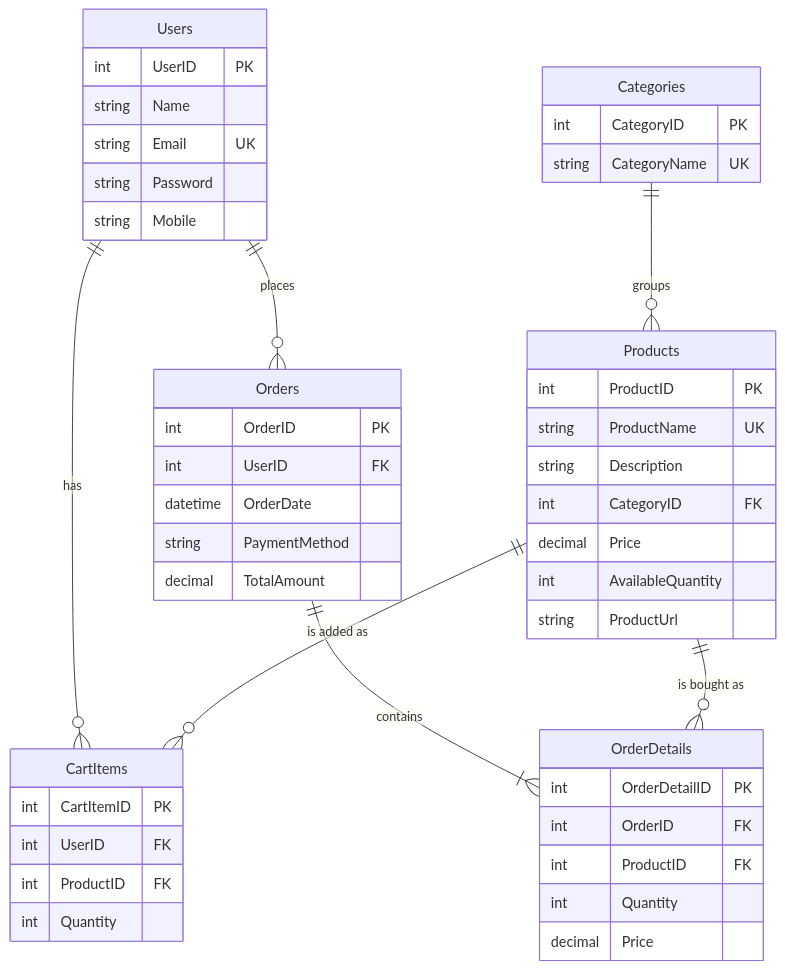
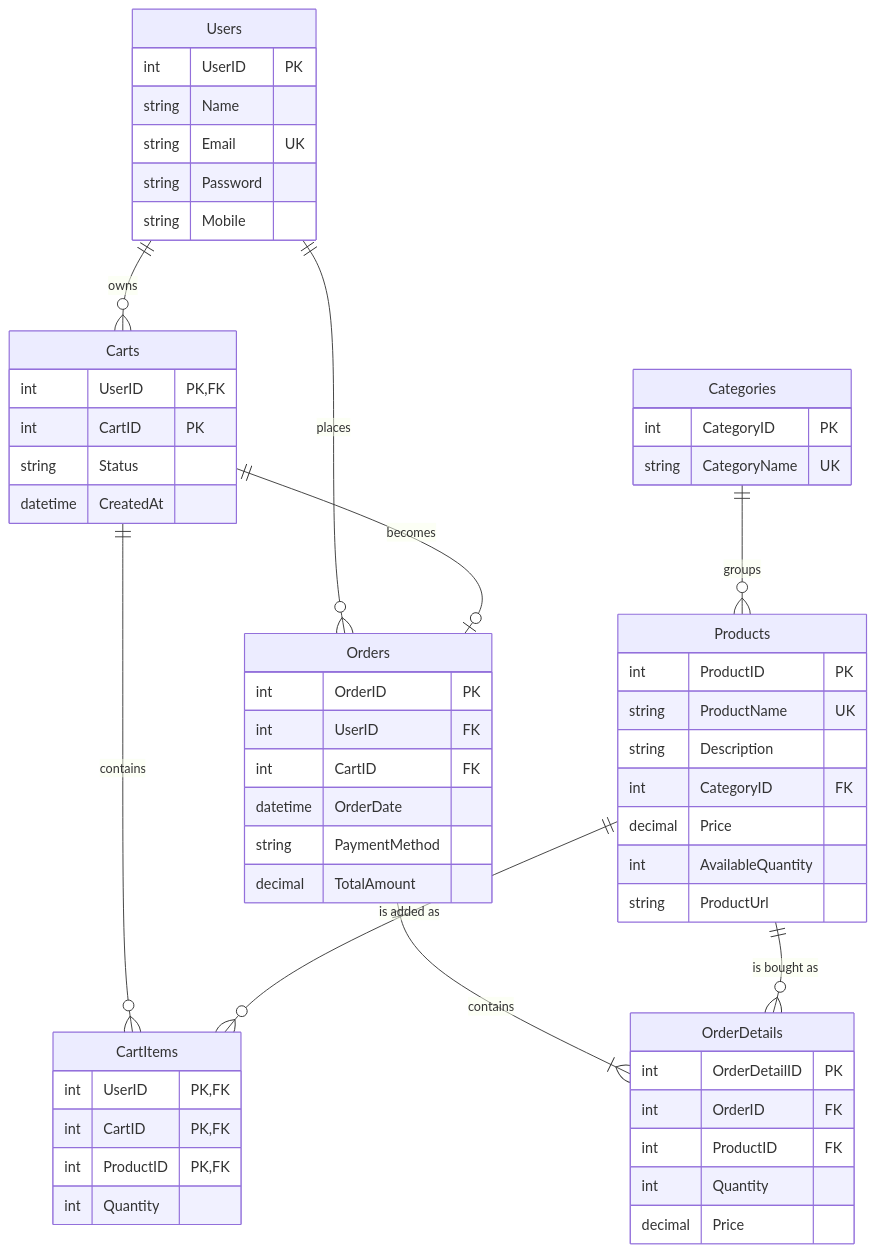
Before and after one commit to 0xmuon/doc: the diagram in ER_DIAGRAM.md, drawn with Mermaid. The commit also changed other lines of this file and 3 other files, not shown here.

````diff
--- a/ER_DIAGRAM.md
+++ b/ER_DIAGRAM.md
@@ -5,55 +5,65 @@
 ```mermaid
 erDiagram
-    Users ||--o{ CartItems : "has"
+    Users ||--o{ Carts : "owns"
     Users ||--o{ Orders : "places"
+    Carts ||--o{ CartItems : "contains"
+    Carts ||--o| Orders : "becomes"
     Categories ||--o{ Products : "groups"
     Products ||--o{ CartItems : "is added as"
     Orders ||--|{ OrderDetails : "contains"
     Products ||--o{ OrderDetails : "is bought as"
 
     Users {
         int UserID PK
         string Name
         string Email UK
         string Password
         string Mobile
     }
 
     Categories {
         int CategoryID PK
         string CategoryName UK
     }
 
     Products {
         int ProductID PK
         string ProductName UK
         string Description
         int CategoryID FK
         decimal Price
         int AvailableQuantity
         string ProductUrl
     }
 
+    Carts {
+        int UserID PK, FK
+        int CartID PK
+        string Status
+        datetime CreatedAt
+    }
+
     CartItems {
-        int CartItemID PK
-        int UserID FK
-        int ProductID FK
+        int UserID PK, FK
+        int CartID PK, FK
+        int ProductID PK, FK
         int Quantity
     }
 
     Orders {
         int OrderID PK
         int UserID FK
+        int CartID FK
         datetime OrderDate
         string PaymentMethod
         decimal TotalAmount
     }
 
     OrderDetails {
         int OrderDetailID PK
         int OrderID FK
         int ProductID FK
         int Quantity
         decimal Price
     }
 ```
````
